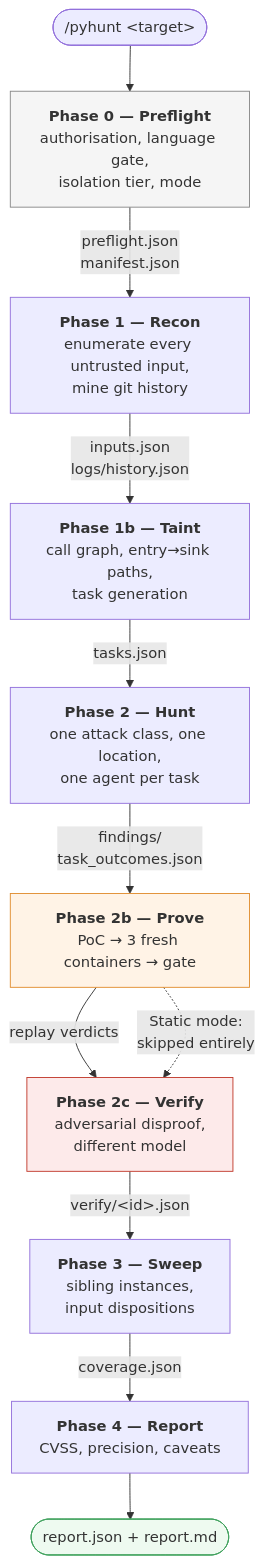
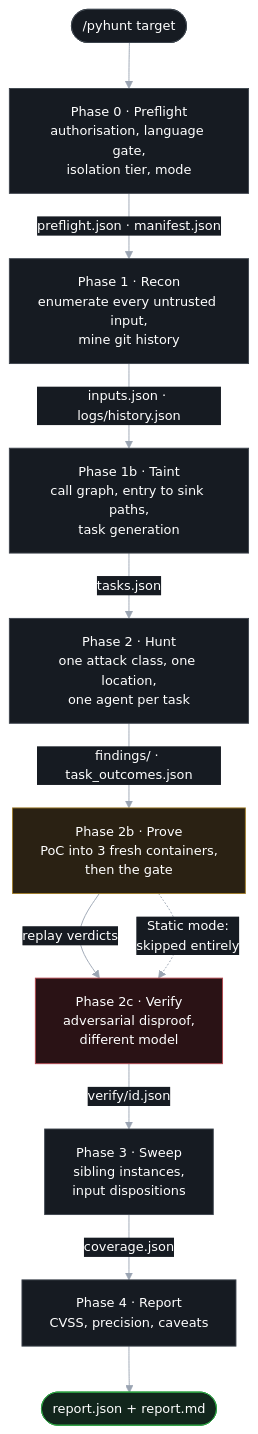
Before and after one commit to 0xsharz/pyhunt: the third of 16 diagrams in docs/ARCHITECTURE.md, drawn with Mermaid. The commit also changed other lines of this file and 1 other file, not shown here.

````diff
--- a/docs/ARCHITECTURE.md
+++ b/docs/ARCHITECTURE.md
@@ -116,35 +122,40 @@
 ```mermaid
+%%{init: {"theme":"base","themeVariables":{"background":"#0d1117","primaryColor":"#161b22","primaryTextColor":"#ffffff","primaryBorderColor":"#3d444d","lineColor":"#9aa4b2","secondaryColor":"#1c2128","tertiaryColor":"#21262d","mainBkg":"#161b22","textColor":"#ffffff","nodeTextColor":"#ffffff","edgeLabelBackground":"#161b22","fontSize":"14px"}}}%%
 flowchart TD
-    START(["/pyhunt &lt;target&gt;"]) --> P0
+    START(["/pyhunt target"]) --> P0
 
-    P0["<b>Phase 0 — Preflight</b><br/>authorisation, language gate,<br/>isolation tier, mode"]
-    P0 -->|"preflight.json<br/>manifest.json"| P1
+    P0["Phase 0 · Preflight<br/>authorisation, language gate,<br/>isolation tier, mode"]
+    P0 -->|"preflight.json · manifest.json"| P1
 
-    P1["<b>Phase 1 — Recon</b><br/>enumerate every untrusted input,<br/>mine git history"]
-    P1 -->|"inputs.json<br/>logs/history.json"| P1B
+    P1["Phase 1 · Recon<br/>enumerate every untrusted input,<br/>mine git history"]
+    P1 -->|"inputs.json · logs/history.json"| P1B
 
-    P1B["<b>Phase 1b — Taint</b><br/>call graph, entry→sink paths,<br/>task generation"]
+    P1B["Phase 1b · Taint<br/>call graph, entry to sink paths,<br/>task generation"]
     P1B -->|"tasks.json"| P2
 
-    P2["<b>Phase 2 — Hunt</b><br/>one attack class, one location,<br/>one agent per task"]
-    P2 -->|"findings/<br/>task_outcomes.json"| P2B
+    P2["Phase 2 · Hunt<br/>one attack class, one location,<br/>one agent per task"]
+    P2 -->|"findings/ · task_outcomes.json"| P2B
 
-    P2B["<b>Phase 2b — Prove</b><br/>PoC → 3 fresh containers → gate"]
+    P2B["Phase 2b · Prove<br/>PoC into 3 fresh containers,<br/>then the gate"]
     P2B -->|"replay verdicts"| P2C
 
-    P2C["<b>Phase 2c — Verify</b><br/>adversarial disproof,<br/>different model"]
-    P2C -->|"verify/&lt;id&gt;.json"| P3
+    P2C["Phase 2c · Verify<br/>adversarial disproof,<br/>different model"]
+    P2C -->|"verify/id.json"| P3
 
-    P3["<b>Phase 3 — Sweep</b><br/>sibling instances,<br/>input dispositions"]
+    P3["Phase 3 · Sweep<br/>sibling instances,<br/>input dispositions"]
     P3 -->|"coverage.json"| P4
 
-    P4["<b>Phase 4 — Report</b><br/>CVSS, precision, caveats"]
+    P4["Phase 4 · Report<br/>CVSS, precision, caveats"]
     P4 --> END(["report.json + report.md"])
 
     P2B -.->|"Static mode:<br/>skipped entirely"| P2C
 
-    style P0 fill:#f5f5f5,stroke:#888
-    style P2B fill:#fff3e6,stroke:#e08c2e
-    style P2C fill:#fdeaea,stroke:#c0392b
-    style END fill:#eefaf0,stroke:#3fa15c
+    classDef base fill:#161b22,stroke:#3d444d,color:#ffffff
+    classDef run fill:#2a2113,stroke:#9e7b28,color:#ffffff
+    classDef kill fill:#2a1215,stroke:#b3474f,color:#ffffff
+    classDef good fill:#12261c,stroke:#2ea043,color:#ffffff
+    class START,P0,P1,P1B,P2,P3,P4 base
+    class P2B run
+    class P2C kill
+    class END good
 ```
````
